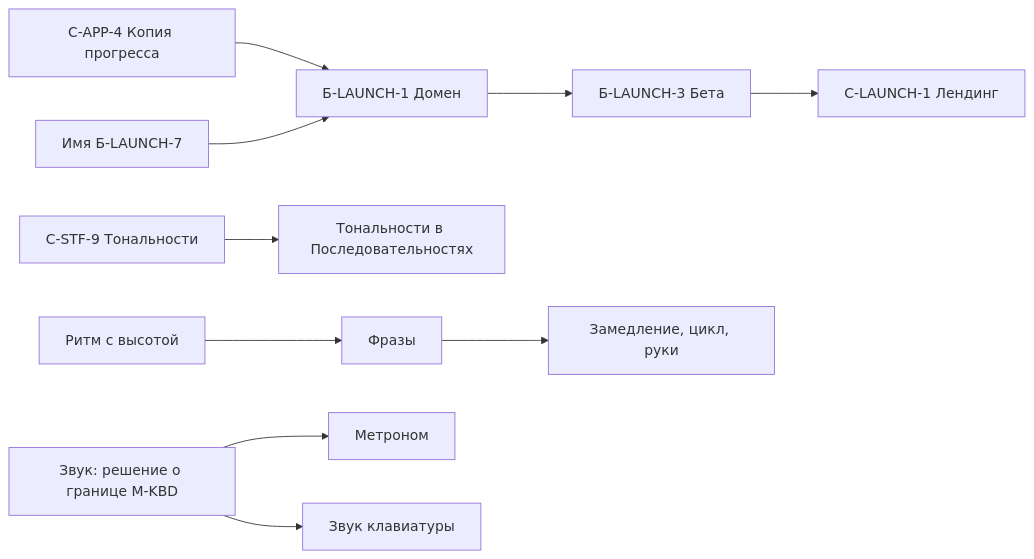
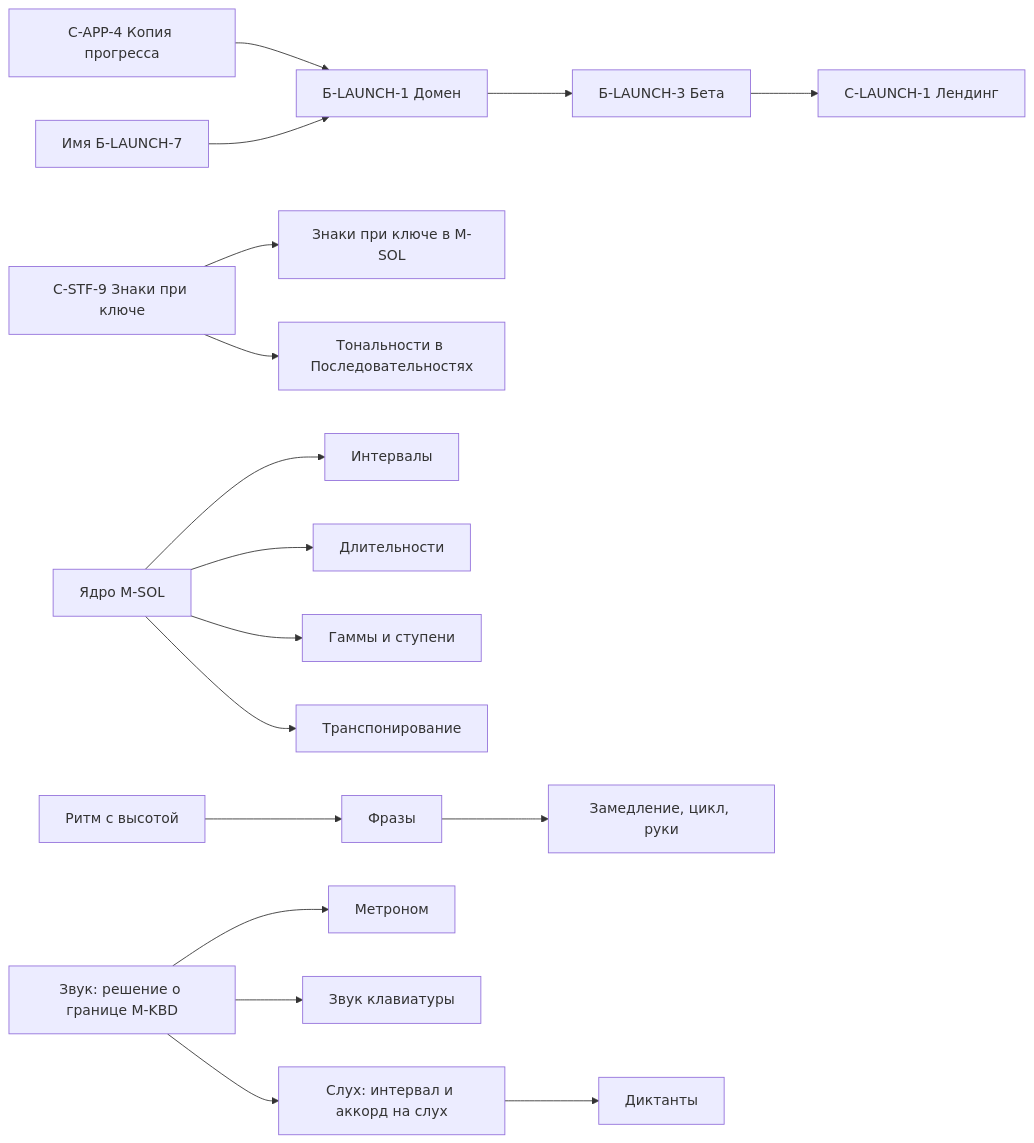
Before and after one commit to ekulaev/piaono_app: the third of 3 diagrams in PSD/Дорожная карта.md, drawn with Mermaid. The commit also changed other lines of this file, not shown here.

First line of the commit message:
Дорожная карта ред. 2: сольфеджио (M-SOL), описание фич, калибровка сроков по факту

````diff
--- a/PSD/Дорожная карта.md
+++ b/PSD/Дорожная карта.md
@@ -140,12 +195,19 @@
 ```mermaid
 flowchart LR
     A[C-APP-4 Копия прогресса] --> B[Б-LAUNCH-1 Домен]
     N[Имя Б-LAUNCH-7] --> B
     B --> C[Б-LAUNCH-3 Бета]
     C --> D[C-LAUNCH-1 Лендинг]
-    E[C-STF-9 Тональности] --> F[Тональности в Последовательностях]
+    E[C-STF-9 Знаки при ключе] --> Z[Знаки при ключе в M-SOL]
+    E --> F[Тональности в Последовательностях]
+    K0[Ядро M-SOL] --> I1[Интервалы]
+    K0 --> I2[Длительности]
+    K0 --> I3[Гаммы и ступени]
+    K0 --> I4[Транспонирование]
     G[Ритм с высотой] --> H[Фразы]
     H --> I[Замедление, цикл, руки]
     J[Звук: решение о границе M-KBD] --> K[Метроном]
     J --> L[Звук клавиатуры]
+    J --> S1[Слух: интервал и аккорд на слух]
+    S1 --> S2[Диктанты]
 ```
````
